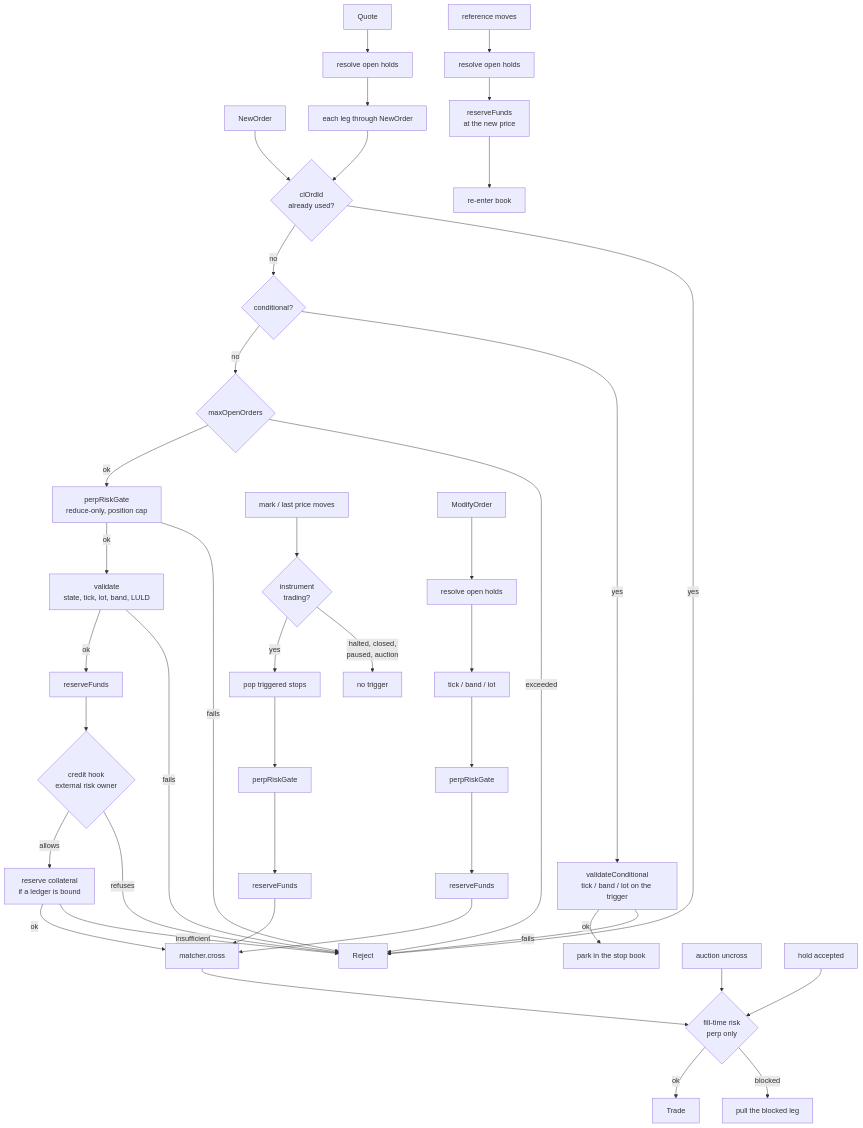
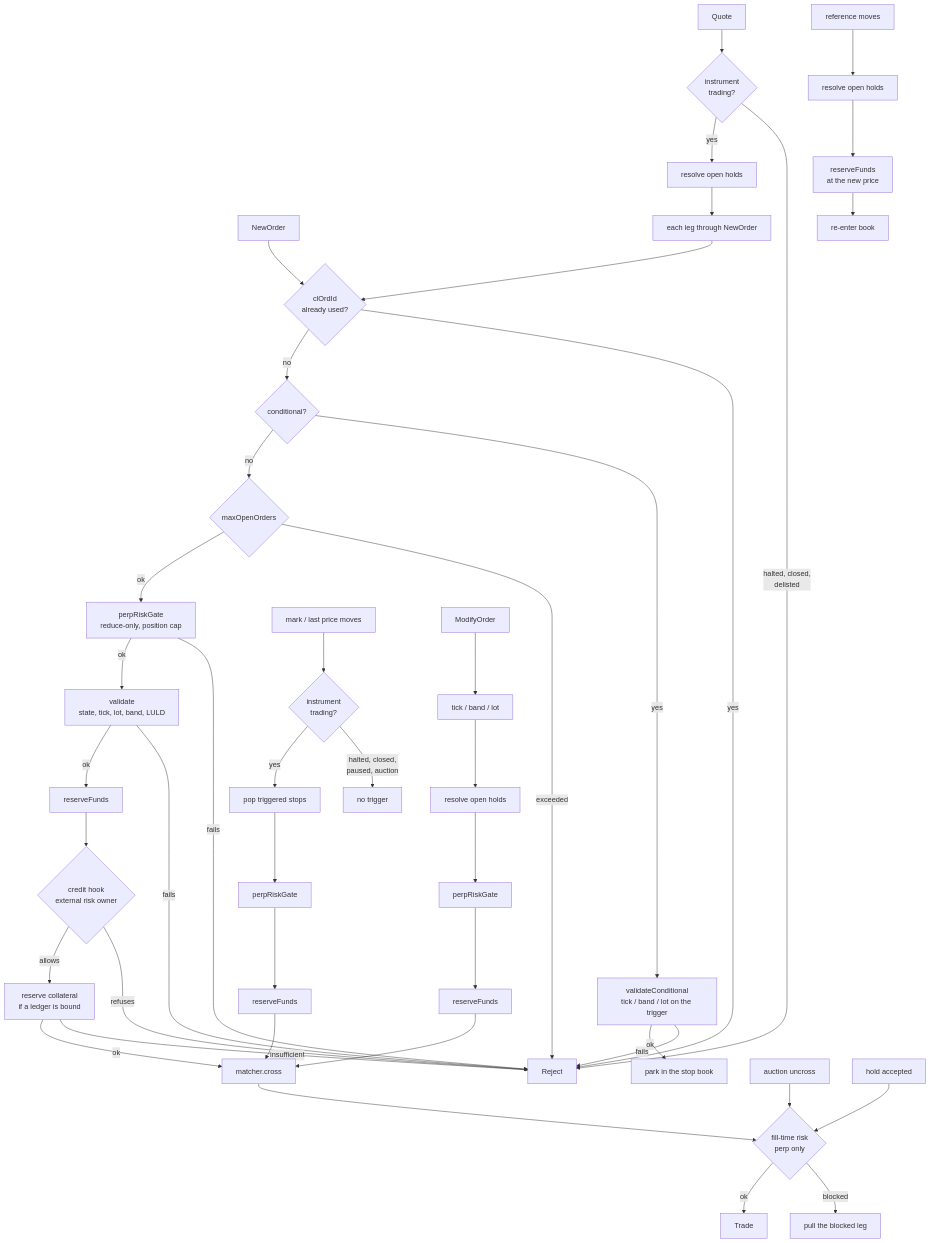
The diagram in docs/venue/matching.md (FLOX-Foundation/flox), drawn with Mermaid before and after one commit. The commit also changed other lines of this file and 30 other files, not shown here.

````diff
--- a/docs/venue/matching.md
+++ b/docs/venue/matching.md
@@ -875,44 +943,46 @@
 ```mermaid
 flowchart TD
     NEW[NewOrder] --> DEDUP{clOrdId<br/>already used?}
     DEDUP -->|yes| REJ[Reject]
     DEDUP -->|no| COND{conditional?}
 
     COND -->|yes| VC[validateConditional<br/>tick / band / lot on the trigger]
     VC -->|fails| REJ
     VC -->|ok| PARK[park in the stop book]
 
     COND -->|no| CAP{maxOpenOrders}
     CAP -->|exceeded| REJ
     CAP -->|ok| PERP[perpRiskGate<br/>reduce-only, position cap]
     PERP -->|fails| REJ
     PERP -->|ok| VAL[validate<br/>state, tick, lot, band, LULD]
     VAL -->|fails| REJ
     VAL -->|ok| FUND[reserveFunds]
 
     FUND --> CRED{credit hook<br/>external risk owner}
     CRED -->|refuses| REJ
     CRED -->|allows| RES[reserve collateral<br/>if a ledger is bound]
     RES -->|insufficient| REJ
     RES -->|ok| MATCH[matcher.cross]
 
     MARK[mark / last price moves] --> TRIG{instrument<br/>trading?}
     TRIG -->|halted, closed,<br/>paused, auction| STOPPED[no trigger]
     TRIG -->|yes| POP[pop triggered stops]
     POP --> PERP2[perpRiskGate] --> FUND2[reserveFunds] --> MATCH
 
-    MOD[ModifyOrder] --> HOLDS[resolve open holds] --> VM[tick / band / lot]
-    VM --> PERP3[perpRiskGate] --> FUND3[reserveFunds] --> MATCH
+    MOD[ModifyOrder] --> VM[tick / band / lot] --> HOLDS[resolve open holds]
+    HOLDS --> PERP3[perpRiskGate] --> FUND3[reserveFunds] --> MATCH
 
-    QUOTE[Quote] --> HOLDS2[resolve open holds] --> LEGS[each leg through NewOrder]
+    QUOTE[Quote] --> QST{instrument<br/>trading?}
+    QST -->|halted, closed,<br/>delisted| REJ
+    QST -->|yes| HOLDS2[resolve open holds] --> LEGS[each leg through NewOrder]
     LEGS --> DEDUP
 
     PEG[reference moves] --> HOLDS3[resolve open holds] --> FUND4[reserveFunds<br/>at the new price] --> BOOK[re-enter book]
 
     MATCH --> FR{fill-time risk<br/>perp only}
     FR -->|blocked| PULL[pull the blocked leg]
     FR -->|ok| TRADE[Trade]
 
     AUCT[auction uncross] --> FR
     ACCEPT[hold accepted] --> FR
 ```
````
